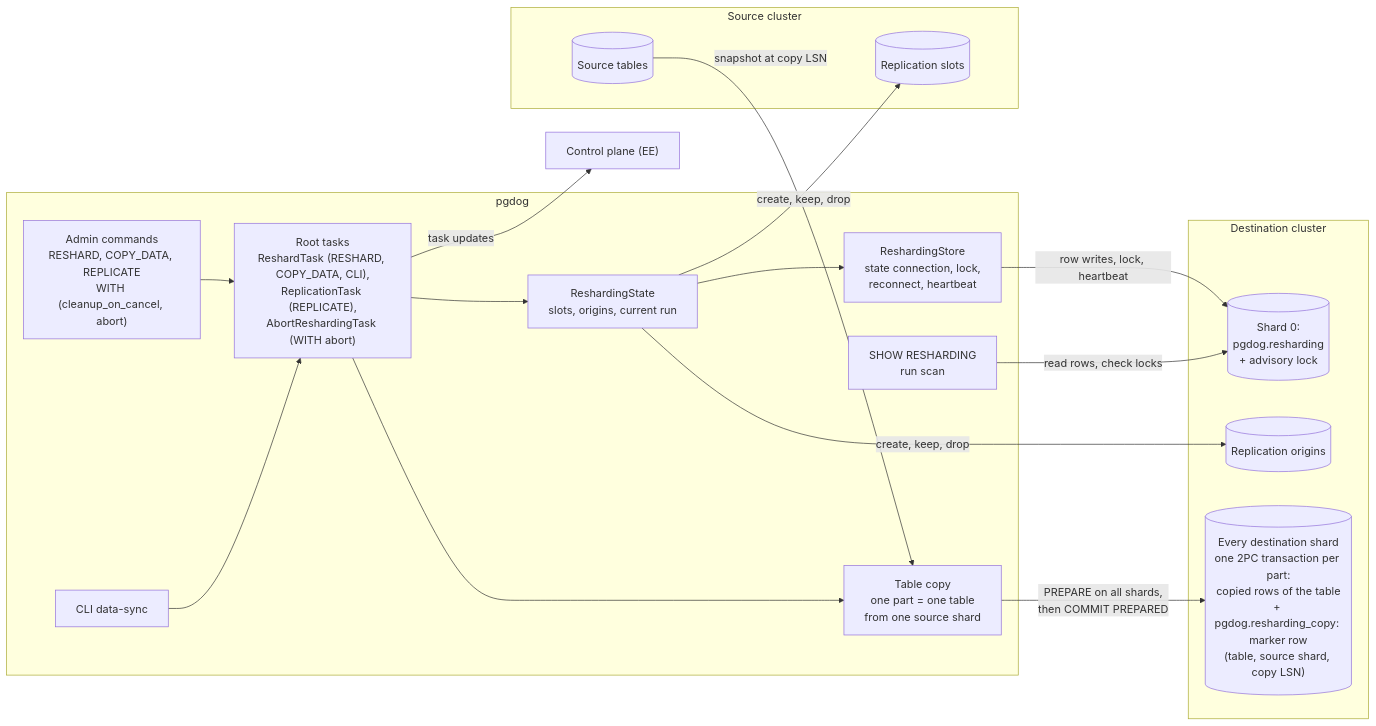
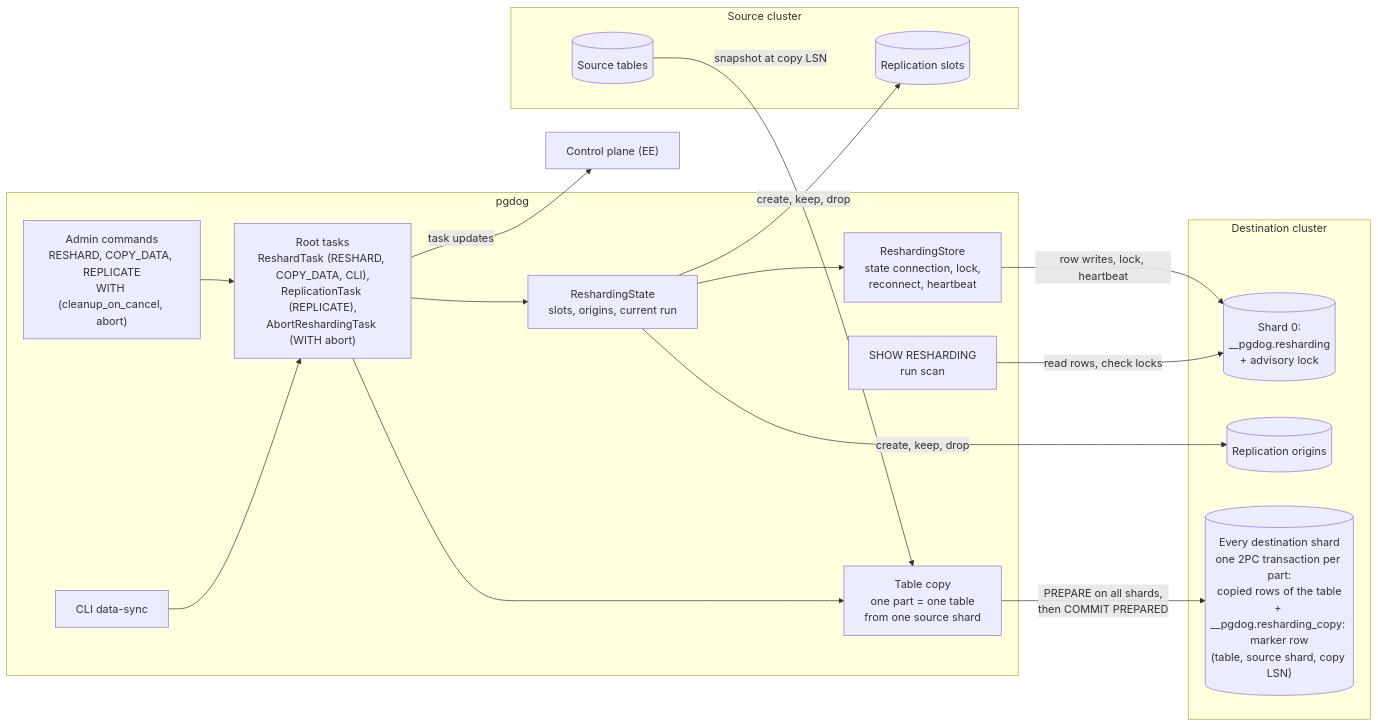
The first of 10 diagrams in docs/RESUMABLE_RESHARDING.md (pgdogdev/pgdog), drawn with Mermaid before and after one commit. The commit also changed other lines of this file and 10 other files, not shown here.

Commit message:
fix: replace ignored schema to __pgdog

````diff
--- a/docs/RESUMABLE_RESHARDING.md
+++ b/docs/RESUMABLE_RESHARDING.md
@@ -34,35 +36,35 @@
 ```mermaid
 flowchart LR
     subgraph pgdog
         CMD["Admin commands<br/>RESHARD, COPY_DATA, REPLICATE<br/>WITH (cleanup_on_cancel, abort)"]
         CLI["CLI data-sync"]
         TASKS["Root tasks<br/>ReshardTask (RESHARD, COPY_DATA, CLI),<br/>ReplicationTask (REPLICATE),<br/>AbortReshardingTask (WITH abort)"]
         COPY["Table copy<br/>one part = one table<br/>from one source shard"]
         STATE["ReshardingState<br/>slots, origins, current run"]
         STORE["ReshardingStore<br/>state connection, lock,<br/>reconnect, heartbeat"]
         SHOW["SHOW RESHARDING<br/>run scan"]
     end
     subgraph source["Source cluster"]
         SLOTS[("Replication slots")]
         DATA[("Source tables")]
     end
     subgraph dest["Destination cluster"]
-        TABLE[("Shard 0:<br/>pgdog.resharding<br/>+ advisory lock")]
+        TABLE[("Shard 0:<br/>__pgdog.resharding<br/>+ advisory lock")]
         ORIGINS[("Replication origins")]
-        SHARD[("Every destination shard<br/>one 2PC transaction per part:<br/>copied rows of the table<br/>+ pgdog.resharding_copy: marker row<br/>(table, source shard, copy LSN)")]
+        SHARD[("Every destination shard<br/>one 2PC transaction per part:<br/>copied rows of the table<br/>+ __pgdog.resharding_copy: marker row<br/>(table, source shard, copy LSN)")]
     end
     CP["Control plane (EE)"]
 
     CMD --> TASKS
     CLI --> TASKS
     TASKS --> STATE
     TASKS --> COPY
     STATE --> STORE
     STORE -- "row writes, lock, heartbeat" --> TABLE
     STATE -- "create, keep, drop" --> SLOTS
     STATE -- "create, keep, drop" --> ORIGINS
     DATA -- "snapshot at copy LSN" --> COPY
     COPY -- "PREPARE on all shards,<br/>then COMMIT PREPARED" --> SHARD
     SHOW -- "read rows, check locks" --> TABLE
     TASKS -- "task updates" --> CP
 ```
````
